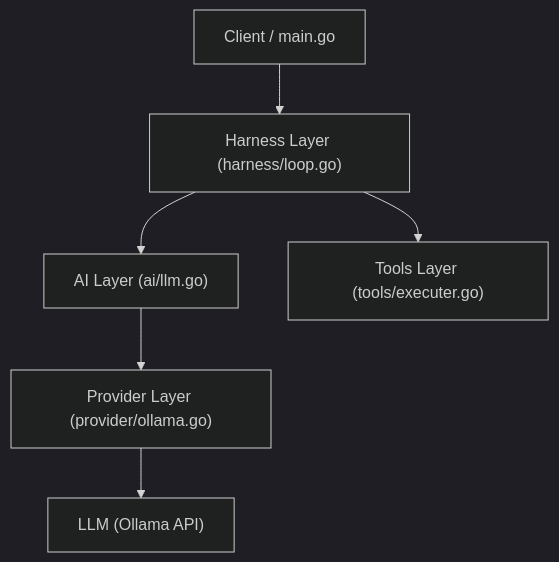
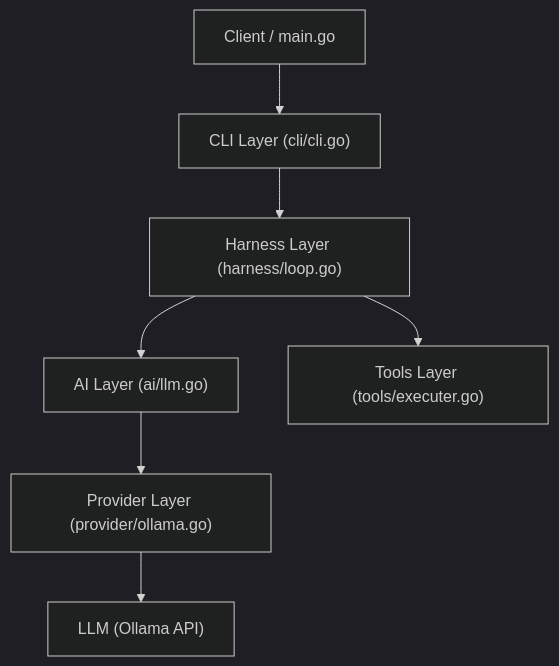
One commit to ashintv/Zeu changed the first of 3 diagrams in flow.md. Above: the diagram before and after it, drawn with Mermaid (dark theme). The commit also changed other lines of this file and 4 other files, not shown here.

````diff
--- a/flow.md
+++ b/flow.md
@@ -11,8 +11,9 @@
 ```mermaid
 graph TD
-    Client["Client / main.go"] --> HarnessLayer["Harness Layer (harness/loop.go)"]
+    Client["Client / main.go"] --> CLILayer["CLI Layer (cli/cli.go)"]
+    CLILayer --> HarnessLayer["Harness Layer (harness/loop.go)"]
     HarnessLayer --> AILayer["AI Layer (ai/llm.go)"]
     HarnessLayer --> ToolsLayer["Tools Layer (tools/executer.go)"]
     AILayer --> ProviderLayer["Provider Layer (provider/ollama.go)"]
     ProviderLayer --> LLM["LLM (Ollama API)"]
 ```
````
